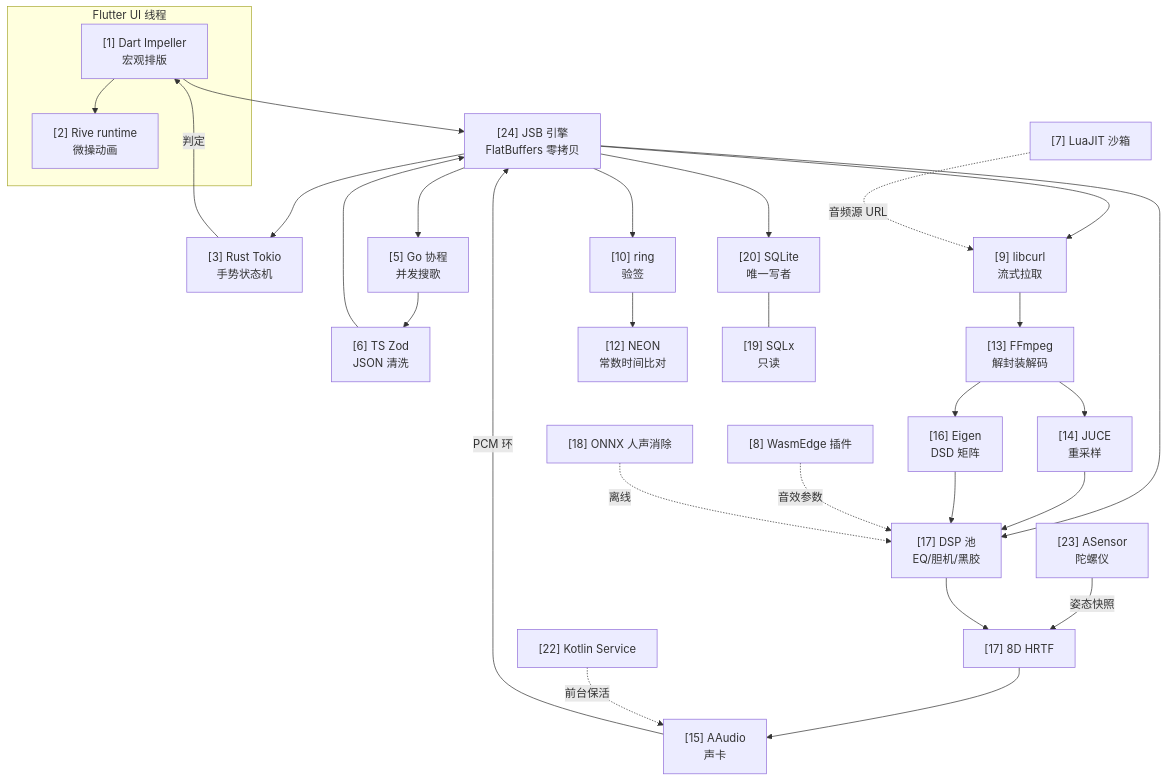
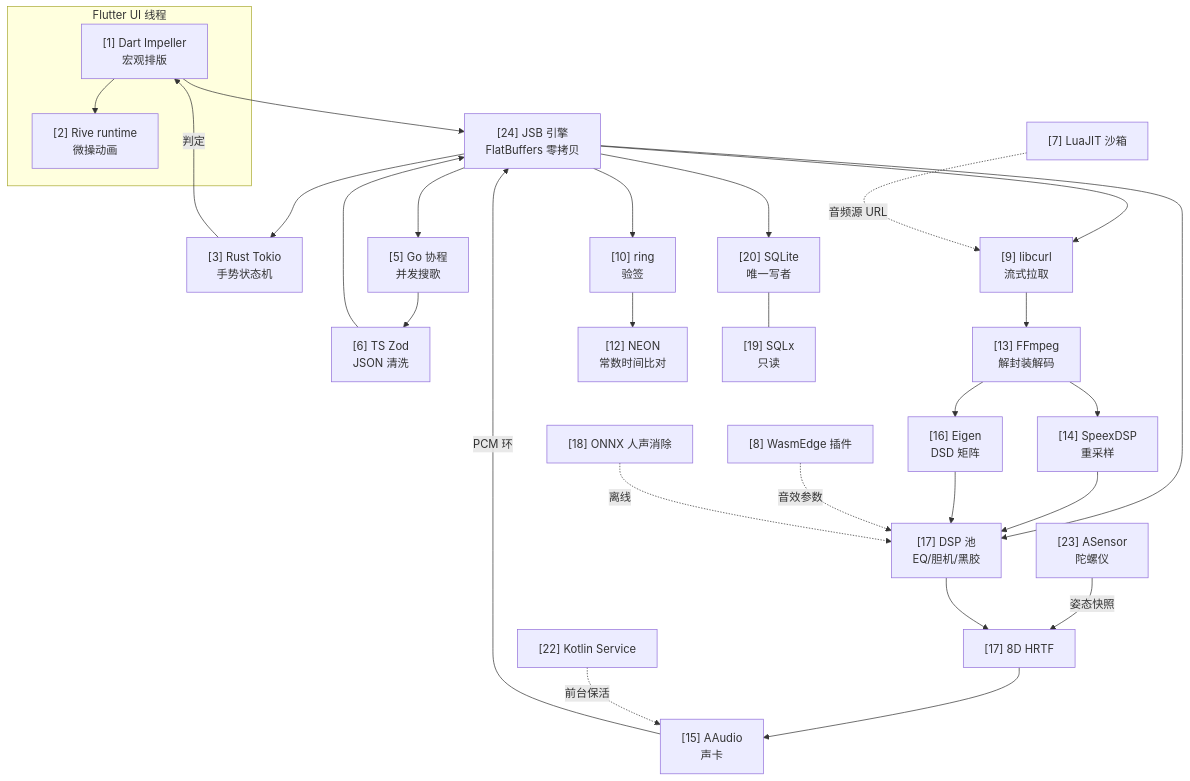
The diagram in docs/DATAFLOW.md (Yieyuqwqs/Yieyu-Ultimate-Player), drawn with Mermaid before and after one commit. The commit also changed other lines of this file and 22 other files, not shown here.

````diff
--- a/docs/DATAFLOW.md
+++ b/docs/DATAFLOW.md
@@ -218,43 +217,43 @@
 ```mermaid
 flowchart TB
   subgraph UI["Flutter UI 线程"]
     M1["[1] Dart Impeller<br/>宏观排版"]
     M2["[2] Rive runtime<br/>微操动画"]
   end
   M24["[24] JSB 引擎<br/>FlatBuffers 零拷贝"]
   M3["[3] Rust Tokio<br/>手势状态机"]
   M5["[5] Go 协程<br/>并发搜歌"]
   M6["[6] TS Zod<br/>JSON 清洗"]
   M9["[9] libcurl<br/>流式拉取"]
   M13["[13] FFmpeg<br/>解封装解码"]
-  M14["[14] JUCE<br/>重采样"]
+  M14["[14] SpeexDSP<br/>重采样"]
   M16["[16] Eigen<br/>DSD 矩阵"]
   M17["[17] DSP 池<br/>EQ/胆机/黑胶"]
   M23["[23] ASensor<br/>陀螺仪"]
   M8D["[17] 8D HRTF"]
   M15["[15] AAudio<br/>声卡"]
   M10["[10] ring<br/>验签"]
   M12["[12] NEON<br/>常数时间比对"]
   M20["[20] SQLite<br/>唯一写者"]
   M19["[19] SQLx<br/>只读"]
   M7["[7] LuaJIT 沙箱"]
   M8["[8] WasmEdge 插件"]
   M18["[18] ONNX 人声消除"]
   M22["[22] Kotlin Service"]
 
   M1 --> M24 & M2
   M24 --> M3 & M5 & M9 & M20 & M10 & M17
   M3 -->|判定| M1
   M5 --> M6 --> M24
   M9 --> M13 --> M14 --> M17
   M13 --> M16 --> M17
   M23 -->|姿态快照| M8D
   M17 --> M8D --> M15
   M10 --> M12
   M20 --- M19
   M7 -.音频源 URL.-> M9
   M8 -.音效参数.-> M17
   M18 -.离线.-> M17
   M22 -.前台保活.-> M15
   M15 -->|PCM 环| M24
 ```
````
